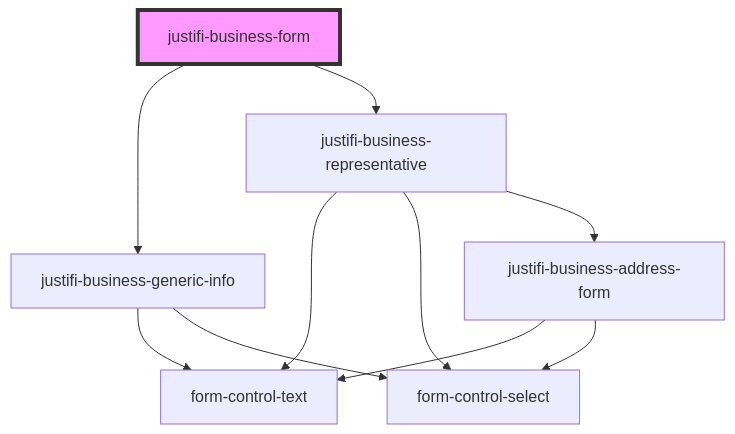
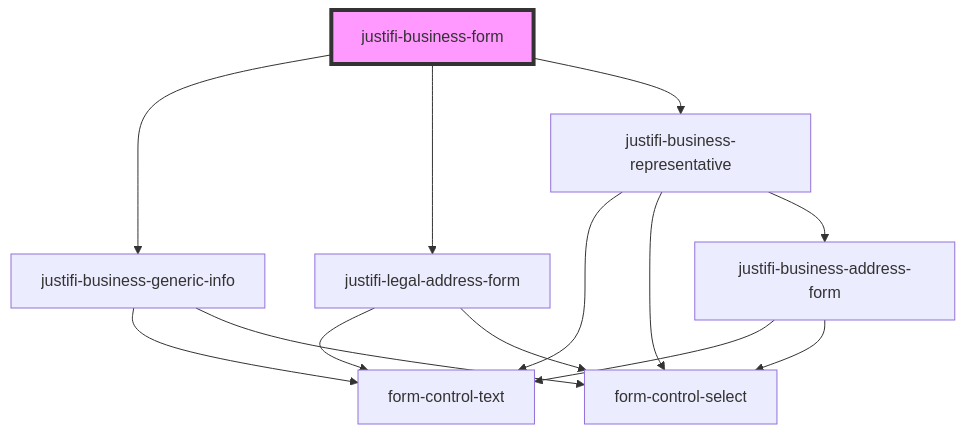
Before and after one commit to justifi-tech/web-component-library: the diagram in stencil-library/src/components/business-form/readme.md, drawn with Mermaid. The commit also changed other lines of this file and 8 other files, not shown here.

Commit message:
feat: add legal address form section

````diff
--- a/stencil-library/src/components/business-form/readme.md
+++ b/stencil-library/src/components/business-form/readme.md
@@ -24,13 +25,16 @@
 ```mermaid
 graph TD;
   justifi-business-form --> justifi-business-generic-info
+  justifi-business-form --> justifi-legal-address-form
   justifi-business-form --> justifi-business-representative
   justifi-business-generic-info --> form-control-text
   justifi-business-generic-info --> form-control-select
+  justifi-legal-address-form --> form-control-text
+  justifi-legal-address-form --> form-control-select
   justifi-business-representative --> form-control-text
   justifi-business-representative --> form-control-select
   justifi-business-representative --> justifi-business-address-form
   justifi-business-address-form --> form-control-text
   justifi-business-address-form --> form-control-select
   style justifi-business-form fill:#f9f,stroke:#333,stroke-width:4px
 ```
````
